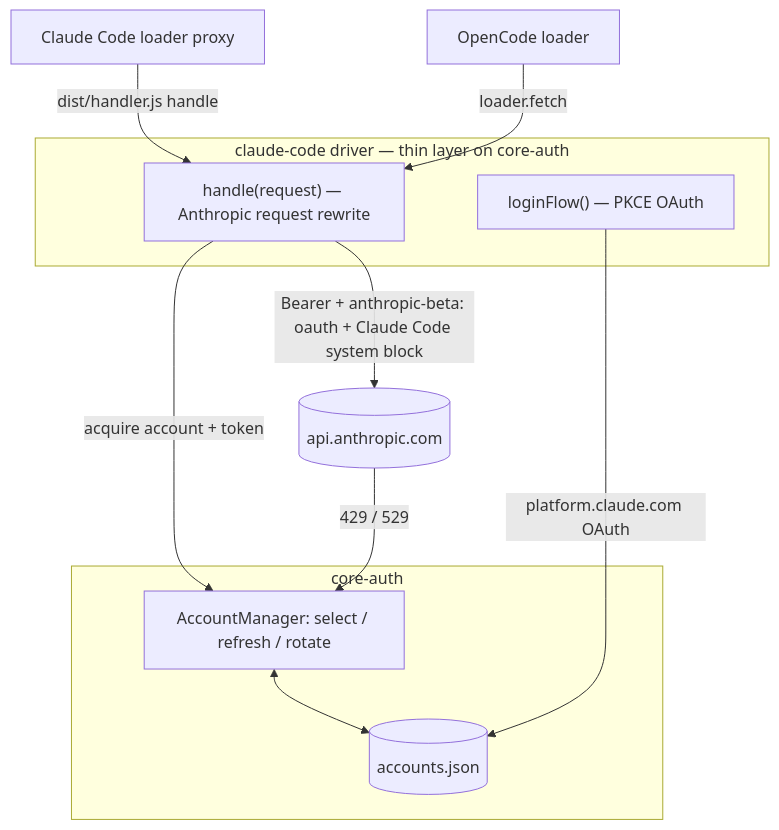
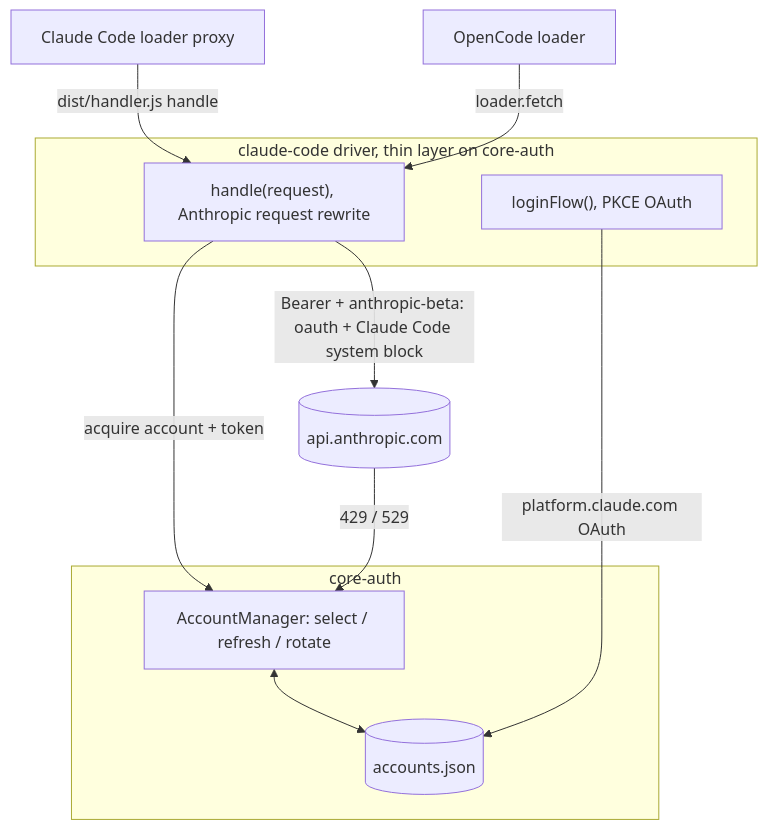
Before and after one commit to intisy-ai/claude-code-auth: the diagram in README.md, drawn with Mermaid. The commit also changed other lines of this file and 11 other files, not shown here.

````diff
--- a/README.md
+++ b/README.md
@@ -11,18 +11,18 @@
 ```mermaid
 flowchart TD
-    subgraph Driver [claude-code driver — thin layer on core-auth]
-        HANDLE["handle(request) — Anthropic request rewrite"]
-        LOGIN["loginFlow() — PKCE OAuth"]
+    subgraph Driver [claude-code driver, thin layer on core-auth]
+        HANDLE["handle(request), Anthropic request rewrite"]
+        LOGIN["loginFlow(), PKCE OAuth"]
     end
     subgraph Core [core-auth]
         MGR[AccountManager: select / refresh / rotate]
         STORE[(accounts.json)]
         MGR <--> STORE
     end
     CC[Claude Code loader proxy] -->|dist/handler.js handle| HANDLE
     OC[OpenCode loader] -->|loader.fetch| HANDLE
     HANDLE -->|acquire account + token| MGR
     HANDLE -->|"Bearer + anthropic-beta: oauth + Claude Code system block"| API[(api.anthropic.com)]
     API -->|429 / 529| MGR
     LOGIN -->|platform.claude.com OAuth| STORE
 ```
````
